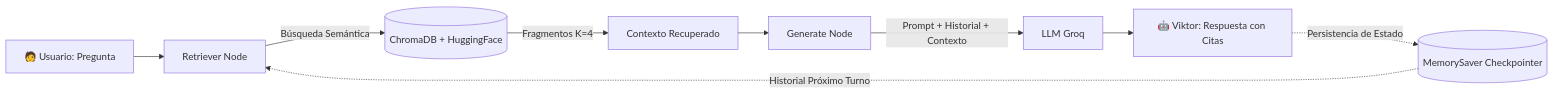
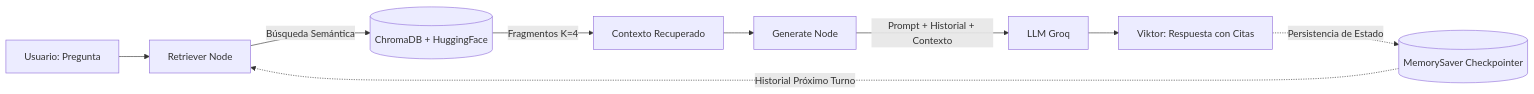
The diagram in README.md (alvaro-ruiz/Viktor), drawn with Mermaid before and after one commit. The commit also changed other lines of this file, not shown here.

````diff
--- a/README.md
+++ b/README.md
@@ -31,11 +31,11 @@
 ```mermaid
 flowchart LR
-    A[🧑 Usuario: Pregunta] --> B[Retriever Node]
+    A[ Usuario: Pregunta] --> B[Retriever Node]
     B -->|Búsqueda Semántica| C[(ChromaDB + HuggingFace)]
     C -->|Fragmentos K=4| D[Contexto Recuperado]
     D --> E[Generate Node]
     E -->|Prompt + Historial + Contexto| F[LLM Groq]
-    F --> G[🤖 Viktor: Respuesta con Citas]
+    F --> G[ Viktor: Respuesta con Citas]
     G -.->|Persistencia de Estado| H[(MemorySaver Checkpointer)]
     H -.->|Historial Próximo Turno| B
 ```
````
